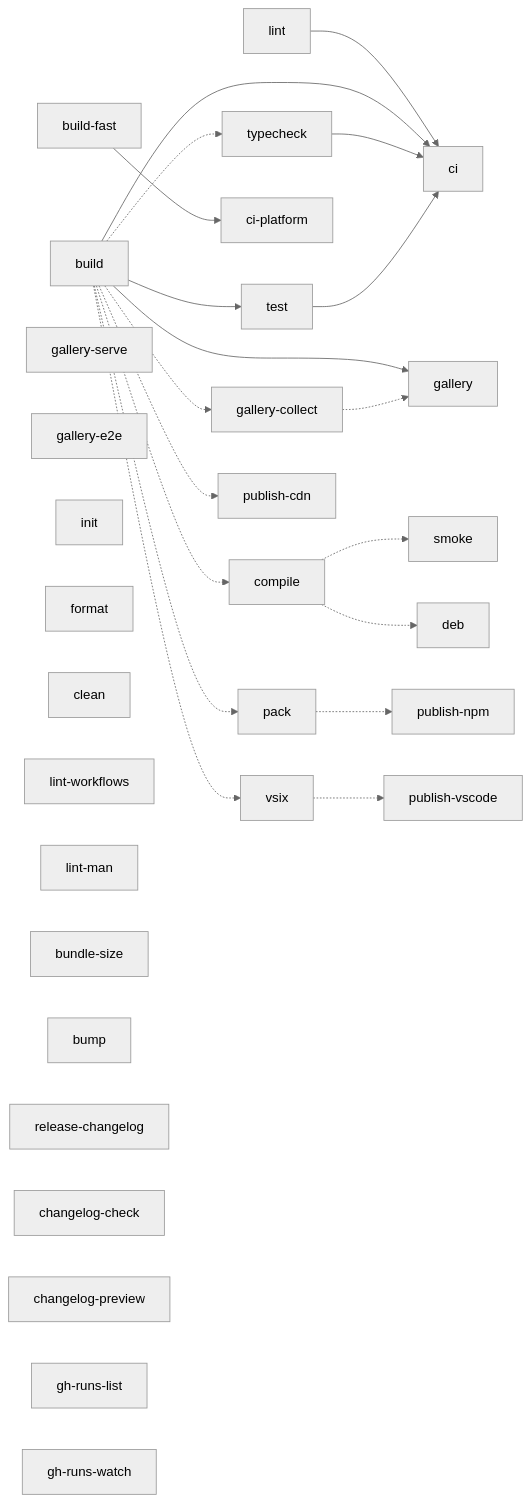
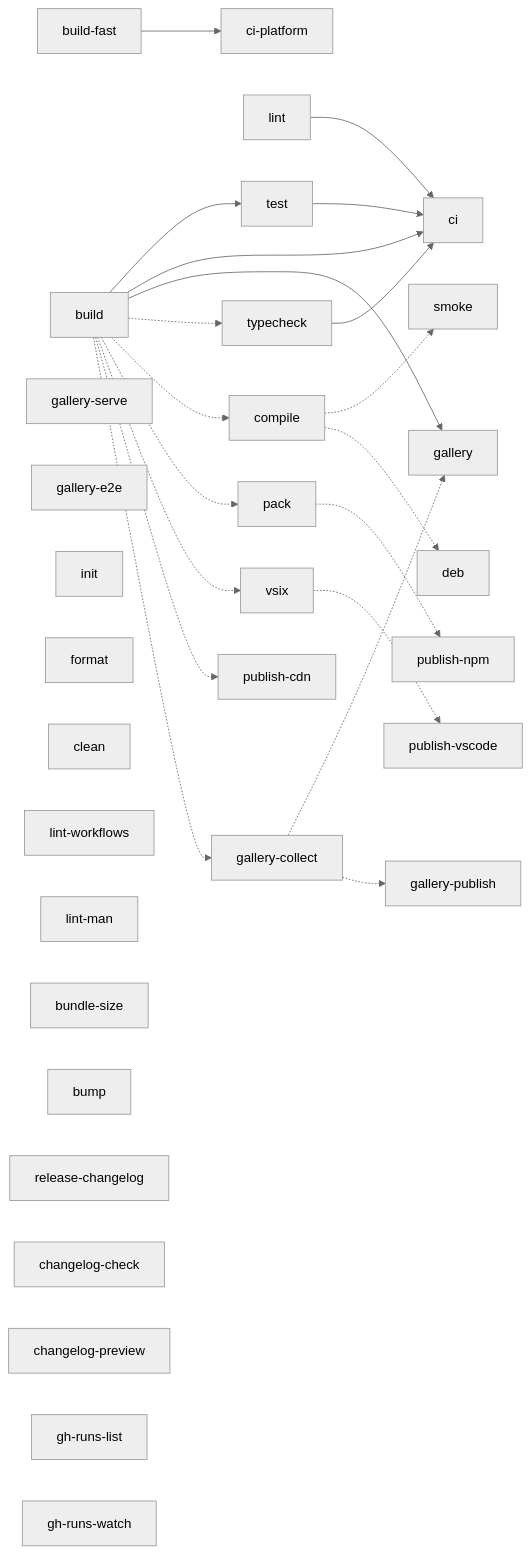
Before and after one commit to lolay/nowline: the diagram in Makefile.md, drawn with Mermaid (neutral theme). The commit also changed other lines of this file and 13 other files, not shown here.

First line of the commit message:
Publish the review gallery to review.nowline.dev (#187)

````diff
--- a/Makefile.md
+++ b/Makefile.md
@@ -12,43 +12,44 @@
 ```mermaid
 graph LR
     %% solid = hard prerequisite (make runs the left target first)
     build --> test
     lint --> ci
     build --> ci
     typecheck --> ci
     test --> ci
     build_fast["build-fast"] --> ci_platform["ci-platform"]
     build --> gallery
 
     %% dotted = consumes the left target's output but is not a hard make
     %% prerequisite: typecheck is ordered after build inside ci instead, and
     %% the release artifacts come from a separate CI job (see "Why publish-*
     %% don't hard-depend on build" below)
     build -.-> typecheck
     build -.-> compile
     compile -.-> smoke
     compile -.-> deb
     build -.-> pack
     build -.-> vsix
     pack -.-> publish_npm["publish-npm"]
     vsix -.-> publish_vscode["publish-vscode"]
     build -.-> publish_cdn["publish-cdn"]
     build -.-> gallery_collect["gallery-collect"]
     gallery_collect -.-> gallery
+    gallery_collect -.-> gallery_publish["gallery-publish"]
 
     %% standalone
     gallery_serve["gallery-serve"]
     gallery_e2e["gallery-e2e"]
     init
     format
     clean
     lint_workflows["lint-workflows"]
     lint_man["lint-man"]
     bundle_size["bundle-size"]
     bump
     release_changelog["release-changelog"]
     changelog_check["changelog-check"]
     changelog_preview["changelog-preview"]
     gh_runs_list["gh-runs-list"]
     gh_runs_watch["gh-runs-watch"]
 ```
````
